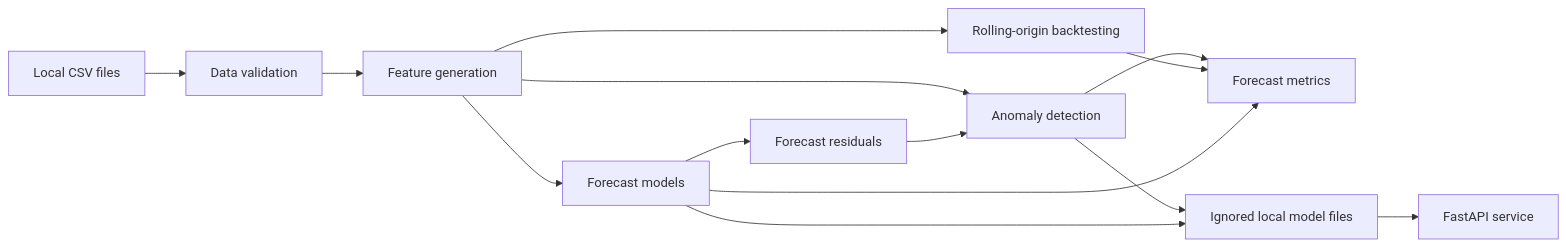
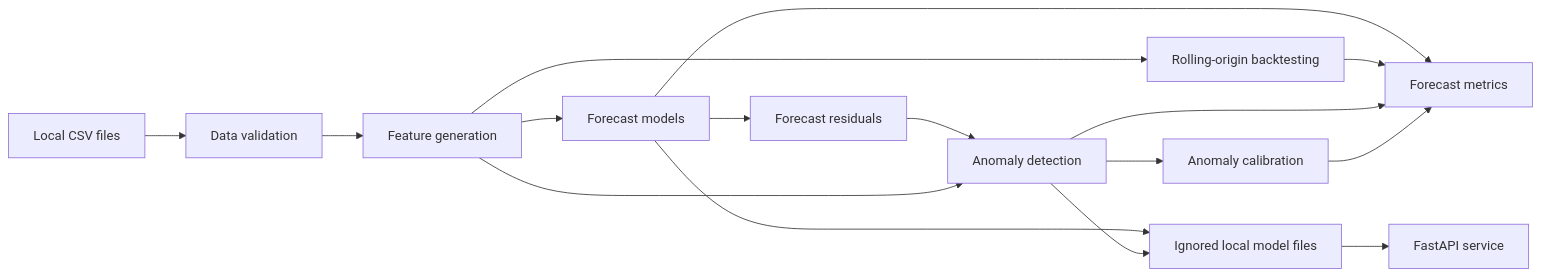
One commit to AmmarHafeez/energy-forecasting-anomaly-platform changed the diagram in docs/architecture.md. Above: the diagram before and after it, drawn with Mermaid. The commit also changed other lines of this file and 6 other files, not shown here.

````diff
--- a/docs/architecture.md
+++ b/docs/architecture.md
@@ -5,16 +5,18 @@
 ```mermaid
 flowchart LR
     CSV["Local CSV files"] --> Parser["Data validation"]
     Parser --> Features["Feature generation"]
     Features --> Forecast["Forecast models"]
     Features --> Backtest["Rolling-origin backtesting"]
     Forecast --> Residuals["Forecast residuals"]
     Residuals --> Anomaly["Anomaly detection"]
     Features --> Anomaly
+    Anomaly --> Calibration["Anomaly calibration"]
     Forecast --> Metrics["Forecast metrics"]
     Backtest --> Metrics
     Anomaly --> Metrics
+    Calibration --> Metrics
     Forecast --> Store["Ignored local model files"]
     Anomaly --> Store
     Store --> API["FastAPI service"]
 ```
````
